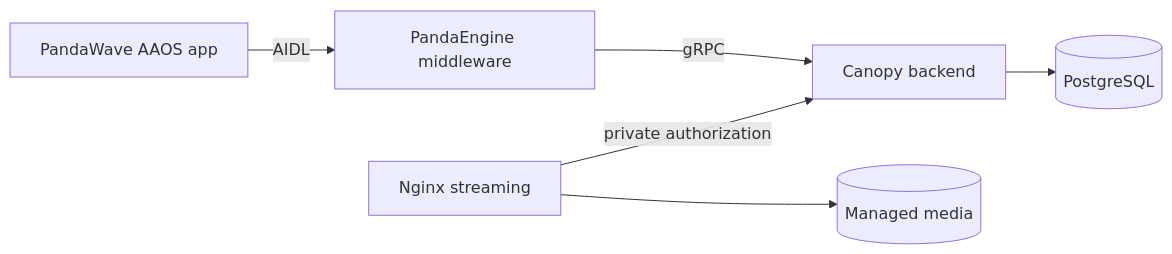
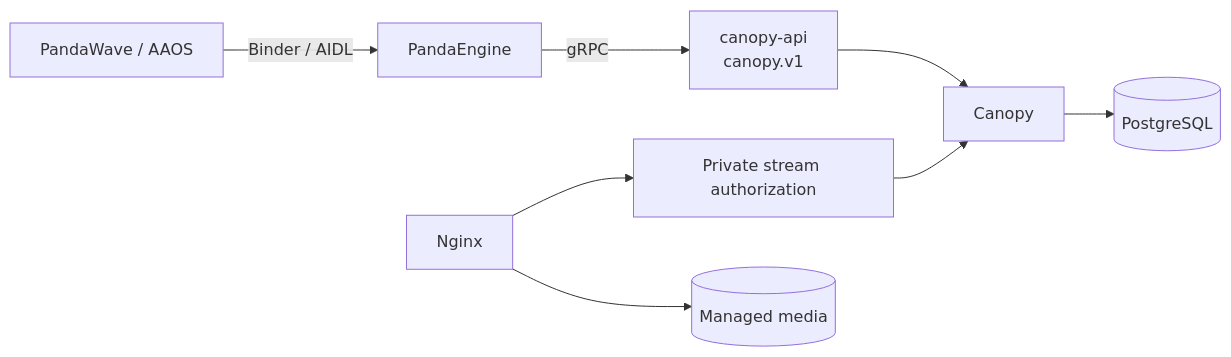
Before and after one commit to adrianrusu16/Canopy: the diagram in README.md, drawn with Mermaid. The commit also changed other lines of this file, not shown here.

````diff
--- a/README.md
+++ b/README.md
@@ -51,15 +34,17 @@
 ```mermaid
 flowchart LR
-    PW[PandaWave AAOS app]
-    PE[PandaEngine middleware]
-    CAN[Canopy backend]
+    PW["PandaWave / AAOS"]
+    PE["PandaEngine"]
+    API["canopy-api<br/>canopy.v1"]
+    CAN["Canopy"]
     DB[(PostgreSQL)]
-    NGINX[Nginx streaming]
+    AUTH["Private stream authorization"]
+    NGINX["Nginx"]
     MEDIA[(Managed media)]
 
-    PW -->|AIDL| PE
-    PE -->|gRPC| CAN
+    PW -->|Binder / AIDL| PE
+    PE -->|gRPC| API --> CAN
     CAN --> DB
-    NGINX -->|private authorization| CAN
+    NGINX --> AUTH --> CAN
     NGINX --> MEDIA
 ```
````
